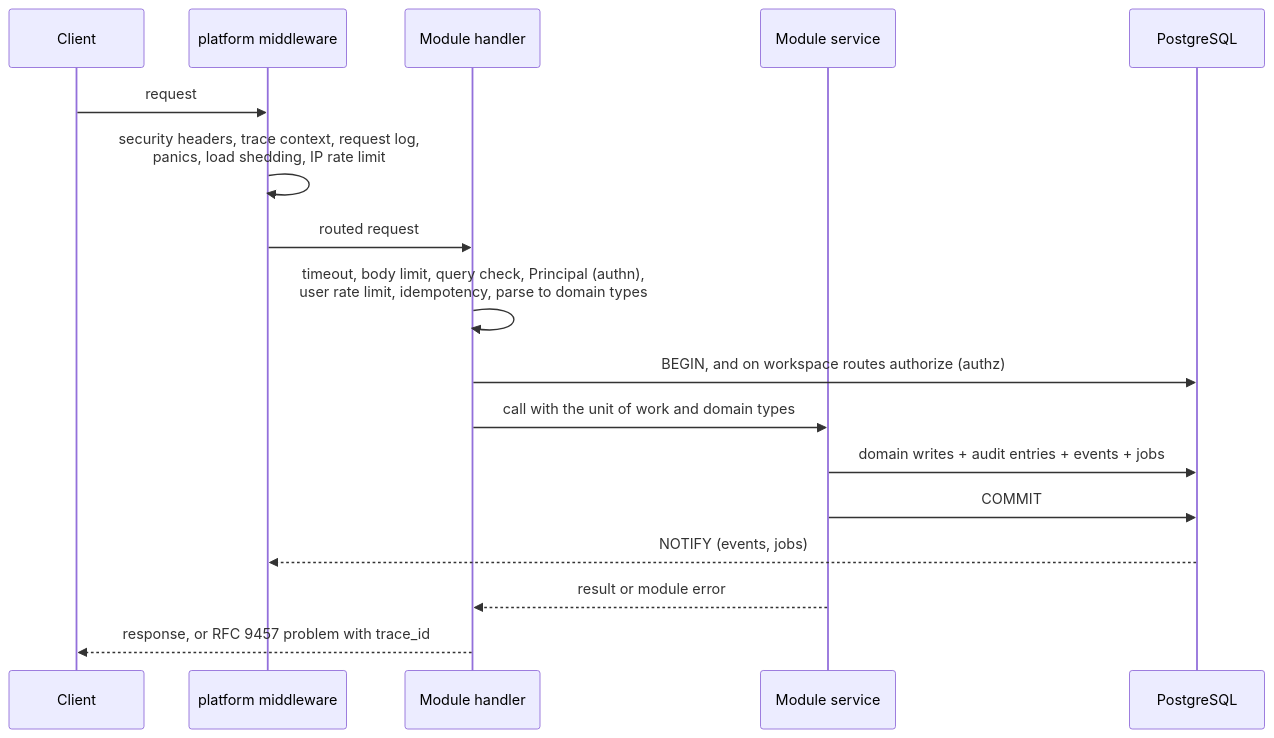
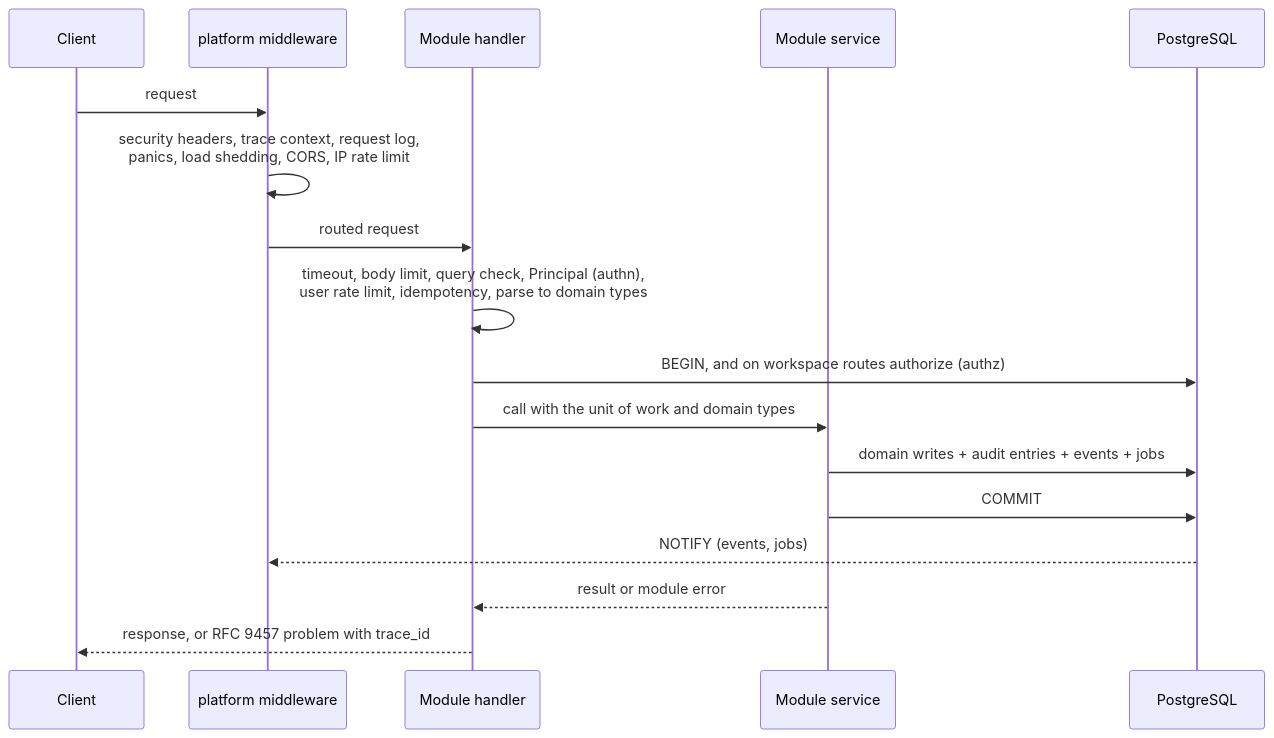
Before and after one commit to Grebyn35/AntWorker-API-Rust: the third of 3 diagrams in docs/architecture.md, drawn with Mermaid. The commit also changed other lines of this file and 12 other files, not shown here.

````diff
--- a/docs/architecture.md
+++ b/docs/architecture.md
@@ -197,19 +197,19 @@
 ```mermaid
 sequenceDiagram
   participant C as Client
   participant P as platform middleware
   participant H as Module handler
   participant S as Module service
   participant DB as PostgreSQL
   C->>P: request
-  P->>P: security headers, trace context, request log,<br/>panics, load shedding, IP rate limit
+  P->>P: security headers, trace context, request log,<br/>panics, load shedding, CORS, IP rate limit
   P->>H: routed request
   H->>H: timeout, body limit, query check, Principal (authn),<br/>user rate limit, idempotency, parse to domain types
   H->>DB: BEGIN, and on workspace routes authorize (authz)
   H->>S: call with the unit of work and domain types
   S->>DB: domain writes + audit entries + events + jobs
   S->>DB: COMMIT
   DB-->>P: NOTIFY (events, jobs)
   S-->>H: result or module error
   H-->>C: response, or RFC 9457 problem with trace_id
 ```
````
